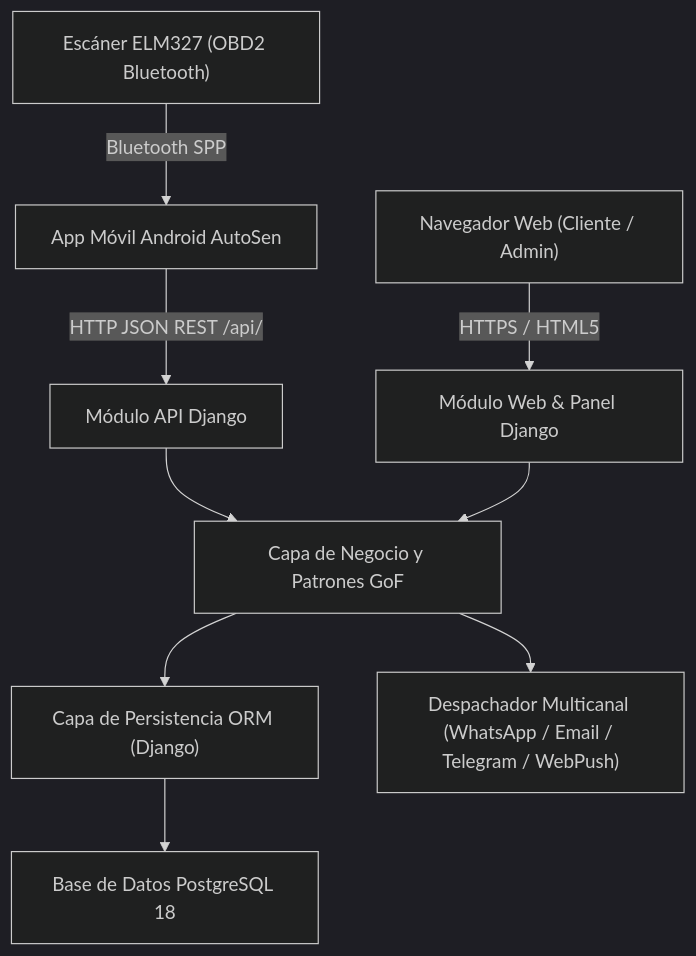
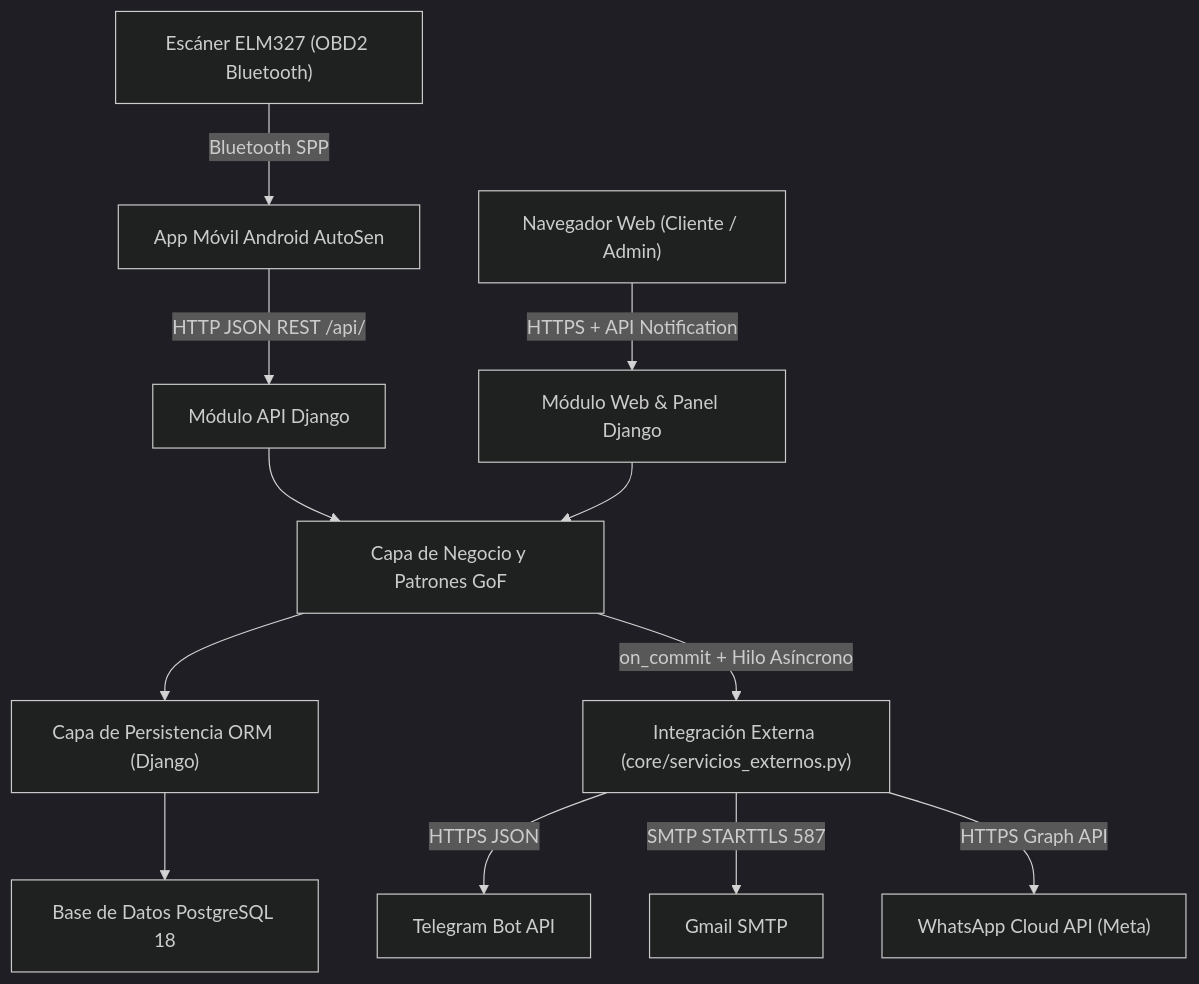
The first of 4 diagrams in docs/ARQUITECTURA.md (ferneymbravog-stack/Autosen), drawn with Mermaid (dark theme) before and after one commit. The commit also changed other lines of this file and 7 other files, not shown here.

Commit message:
docs: actualizar MER relacional, arquitectura, requisitos y guia de servicios externos

````diff
--- a/docs/ARQUITECTURA.md
+++ b/docs/ARQUITECTURA.md
@@ -17,11 +17,14 @@
 ```mermaid
 graph TD
     A["Escáner ELM327 (OBD2 Bluetooth)"] -->|Bluetooth SPP| B["App Móvil Android AutoSen"]
     B -->|HTTP JSON REST /api/| C["Módulo API Django"]
-    D["Navegador Web (Cliente / Admin)"] -->|HTTPS / HTML5| E["Módulo Web & Panel Django"]
+    D["Navegador Web (Cliente / Admin)"] -->|HTTPS + API Notification| E["Módulo Web & Panel Django"]
     C --> F["Capa de Negocio y Patrones GoF"]
     E --> F
     F --> G["Capa de Persistencia ORM (Django)"]
     G --> H["Base de Datos PostgreSQL 18"]
-    F --> I["Despachador Multicanal (WhatsApp / Email / Telegram / WebPush)"]
+    F -->|on_commit + Hilo Asíncrono| I["Integración Externa (core/servicios_externos.py)"]
+    I -->|HTTPS JSON| TG["Telegram Bot API"]
+    I -->|SMTP STARTTLS 587| GM["Gmail SMTP"]
+    I -->|HTTPS Graph API| WA["WhatsApp Cloud API (Meta)"]
 ```
````
